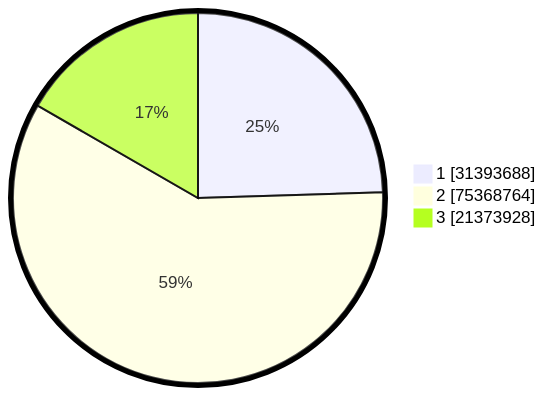
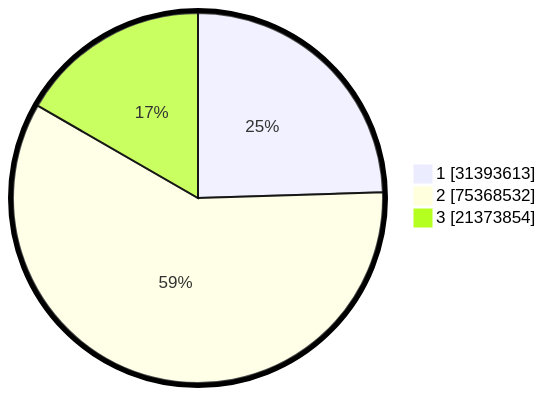
Before and after one commit to gigit-pemilu/pemilu-2024: the second of 2 diagrams in pilpres/hitung-suara/README.md, drawn with Mermaid. The commit also changed other lines of this file and 8 other files, not shown here.

````diff
--- a/pilpres/hitung-suara/README.md
+++ b/pilpres/hitung-suara/README.md
@@ -93,7 +93,7 @@
 ```mermaid
 %%{init: {"pie": {"textPosition": 0.5}, "themeVariables": {"pieOuterStrokeWidth": "5px"}} }%%
 pie showData
-    "1" : 31393688
-    "2" : 75368764
-    "3" : 21373928
+    "1" : 31393613
+    "2" : 75368532
+    "3" : 21373854
 ```
````
